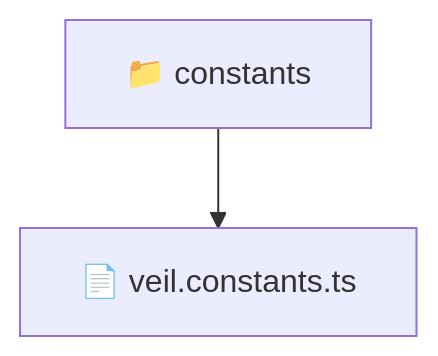
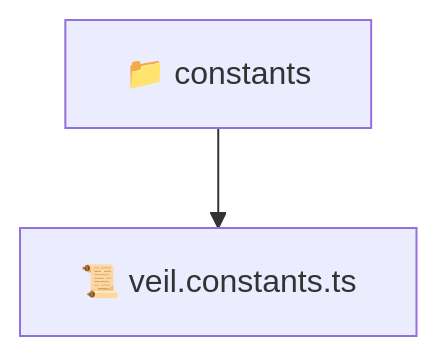
One commit to beginwebdev2002/fullstack-mavluda changed the diagram in frontend/src/entities/veil/constants/README.md. Above: the diagram before and after it, drawn with Mermaid. The commit also changed other lines of this file and 163 other files, not shown here.

````diff
--- a/frontend/src/entities/veil/constants/README.md
+++ b/frontend/src/entities/veil/constants/README.md
@@ -11,5 +11,5 @@
 ```mermaid
 graph TD
-  Root["📁 constants"]
-  Root --> veil_constants_ts["📄 veil.constants.ts"]
+  constants["📁 constants"]
+  constants --> veil_constants_ts["📜 veil.constants.ts"]
 ```
````
